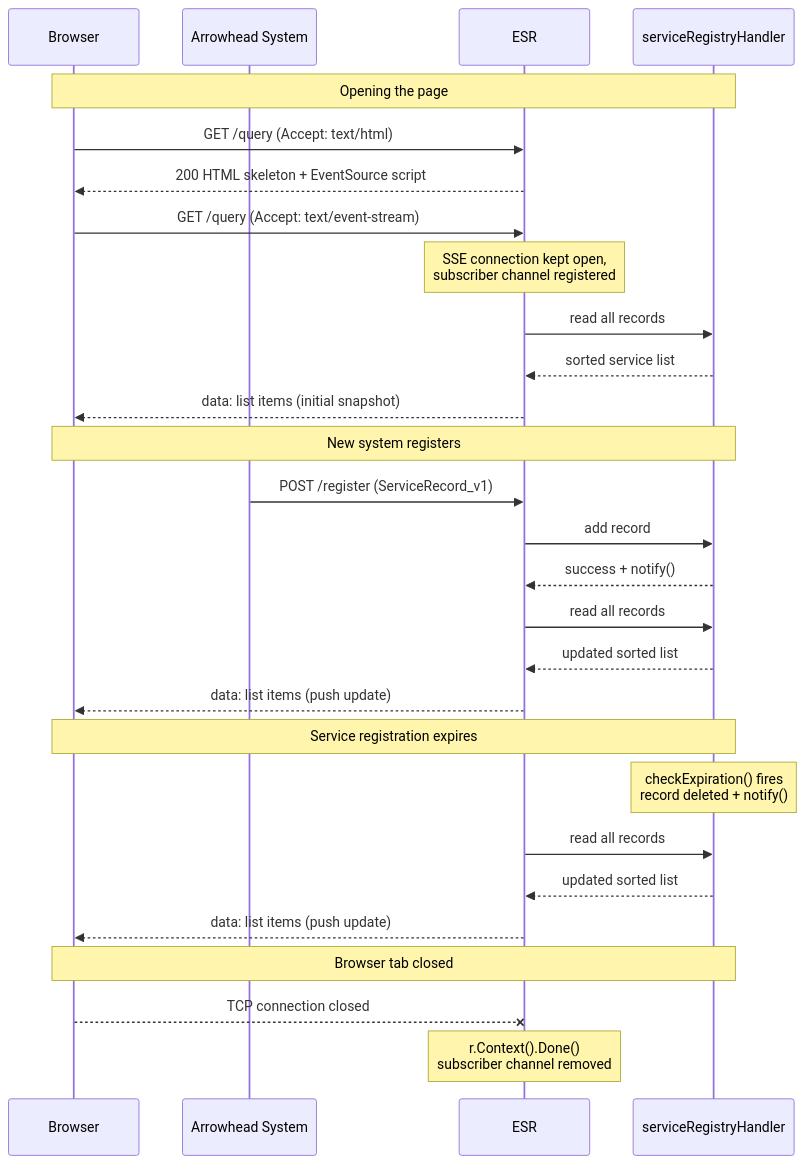
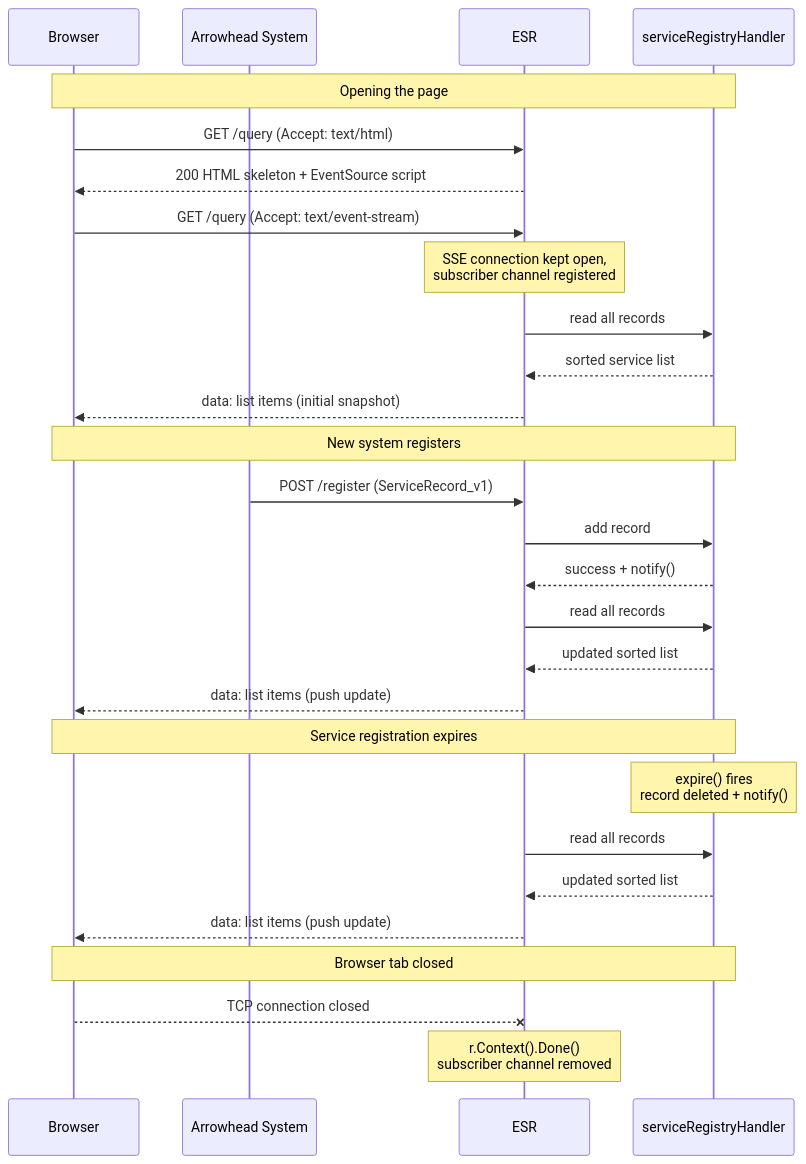
The second of 2 diagrams in esr/README.md (sdoque/systems), drawn with Mermaid before and after one commit. The commit also changed other lines of this file and 5 other files, not shown here.

````diff
--- a/esr/README.md
+++ b/esr/README.md
@@ -78,39 +78,39 @@
 ```mermaid
 sequenceDiagram
     participant Browser
     participant System as Arrowhead System
     participant ESR
     participant Registry as serviceRegistryHandler
 
     Note over Browser,Registry: Opening the page
 
     Browser->>ESR: GET /query (Accept: text/html)
     ESR-->>Browser: 200 HTML skeleton + EventSource script
 
     Browser->>ESR: GET /query (Accept: text/event-stream)
     Note over ESR: SSE connection kept open,<br/>subscriber channel registered
     ESR->>Registry: read all records
     Registry-->>ESR: sorted service list
     ESR-->>Browser: data: list items (initial snapshot)
 
     Note over Browser,Registry: New system registers
 
     System->>ESR: POST /register (ServiceRecord_v1)
     ESR->>Registry: add record
     Registry-->>ESR: success + notify()
     ESR->>Registry: read all records
     Registry-->>ESR: updated sorted list
     ESR-->>Browser: data: list items (push update)
 
     Note over Browser,Registry: Service registration expires
 
-    Note over Registry: checkExpiration() fires<br/>record deleted + notify()
+    Note over Registry: expire() fires<br/>record deleted + notify()
     ESR->>Registry: read all records
     Registry-->>ESR: updated sorted list
     ESR-->>Browser: data: list items (push update)
 
     Note over Browser,Registry: Browser tab closed
 
     Browser--xESR: TCP connection closed
     Note over ESR: r.Context().Done()<br/>subscriber channel removed
 ```
````
